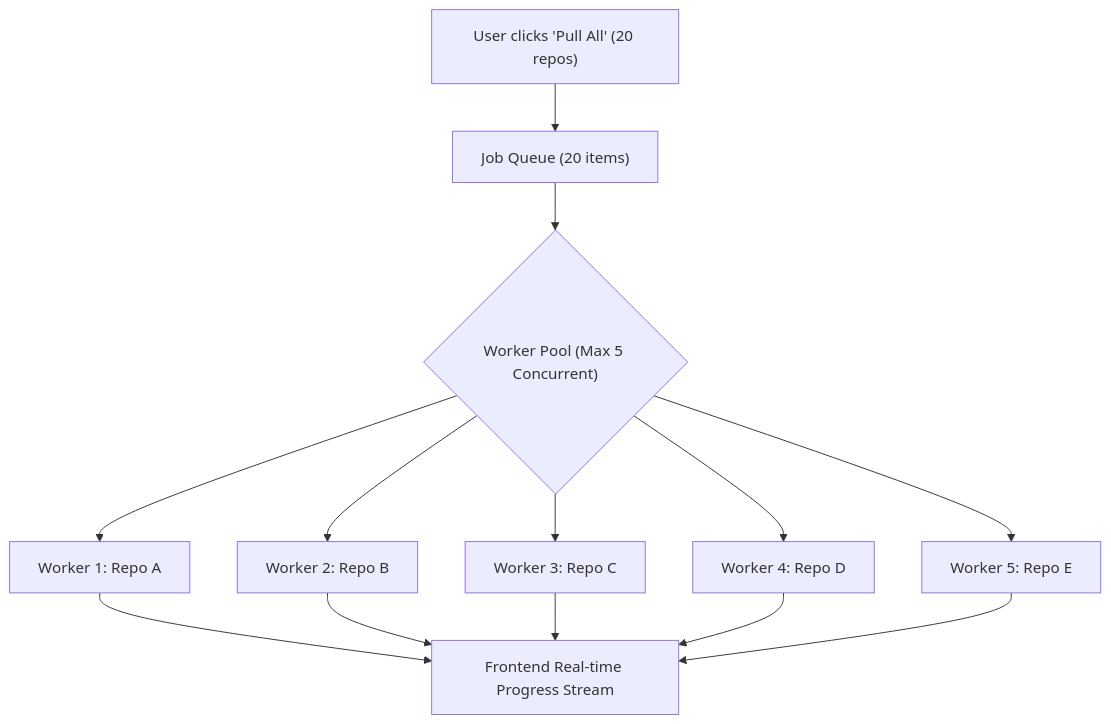
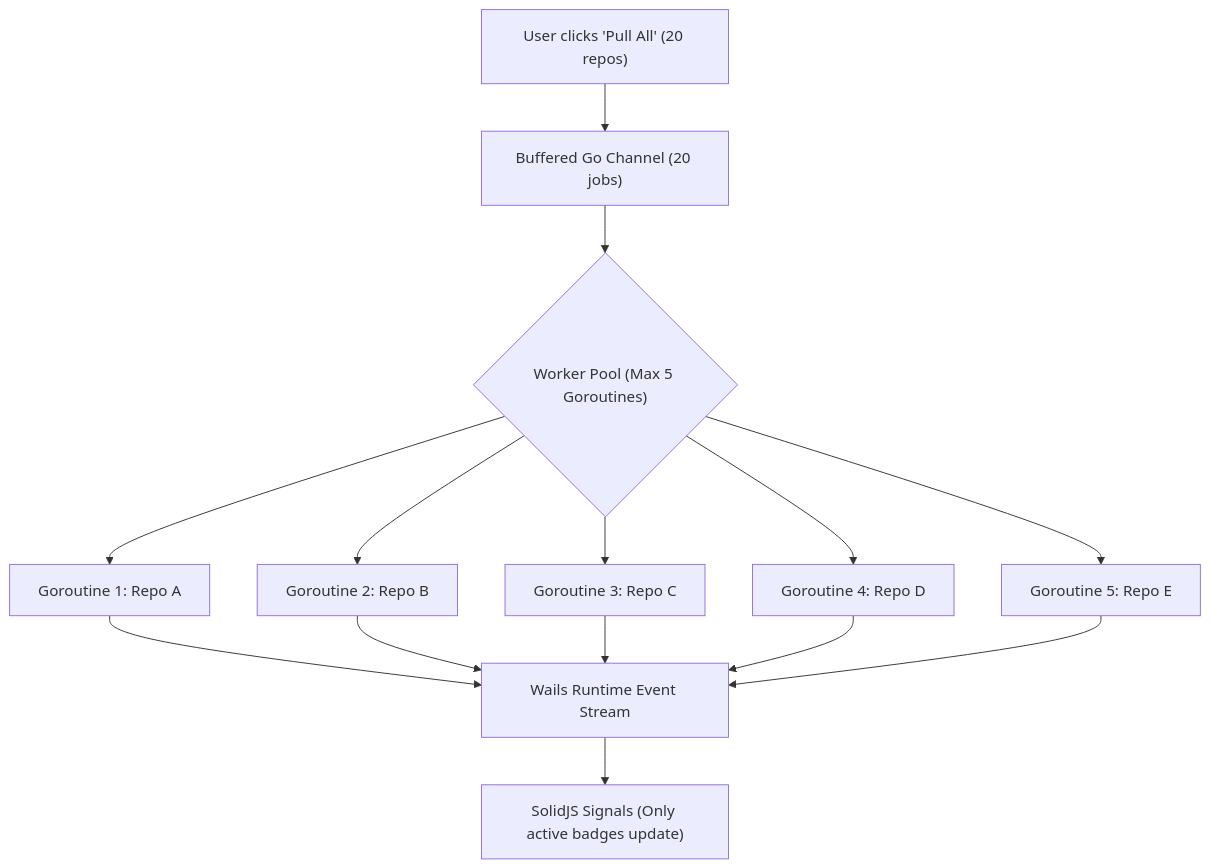
Before and after one commit to prostiate/onogitree: the diagram in docs/technical_challenges_and_considerations.md, drawn with Mermaid. The commit also changed other lines of this file and 4 other files, not shown here.

First line of the commit message:
docs: synchronize all architecture docs with Go Wails and SolidJS decision

````diff
--- a/docs/technical_challenges_and_considerations.md
+++ b/docs/technical_challenges_and_considerations.md
@@ -22,15 +22,16 @@
 ```mermaid
 flowchart TD
-    UserClick["User clicks 'Pull All' (20 repos)"] --> JobQueue["Job Queue (20 items)"]
-    JobQueue --> Pool{"Worker Pool (Max 5 Concurrent)"}
-    Pool --> W1["Worker 1: Repo A"]
-    Pool --> W2["Worker 2: Repo B"]
-    Pool --> W3["Worker 3: Repo C"]
-    Pool --> W4["Worker 4: Repo D"]
-    Pool --> W5["Worker 5: Repo E"]
-    W1 --> EventStream["Frontend Real-time Progress Stream"]
+    UserClick["User clicks 'Pull All' (20 repos)"] --> JobChan["Buffered Go Channel (20 jobs)"]
+    JobChan --> Pool{"Worker Pool (Max 5 Goroutines)"}
+    Pool --> W1["Goroutine 1: Repo A"]
+    Pool --> W2["Goroutine 2: Repo B"]
+    Pool --> W3["Goroutine 3: Repo C"]
+    Pool --> W4["Goroutine 4: Repo D"]
+    Pool --> W5["Goroutine 5: Repo E"]
+    W1 --> EventStream["Wails Runtime Event Stream"]
     W2 --> EventStream
     W3 --> EventStream
     W4 --> EventStream
     W5 --> EventStream
+    EventStream --> SolidSignals["SolidJS Signals (Only active badges update)"]
 ```
````
